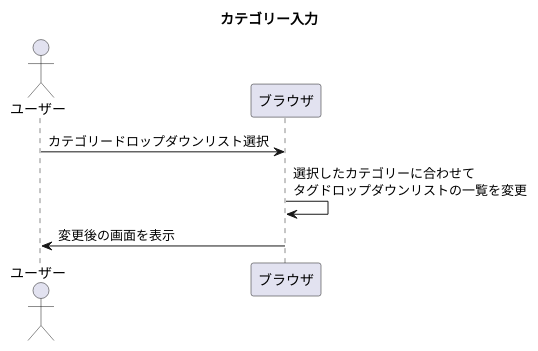
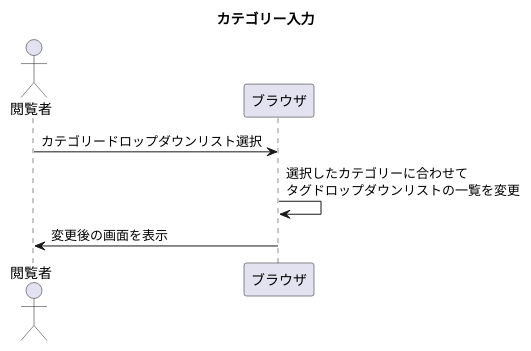
One commit to hachimitu22/MangaViewer changed the diagram in doc/6_ui/pages/メディア更新/sequence/カテゴリー入力.puml. Above: the diagram before and after it, drawn with PlantUML. The commit also changed 39 other files, not shown here.

```diff
--- a/doc/6_ui/pages/メディア更新/sequence/カテゴリー入力.puml
+++ b/doc/6_ui/pages/メディア更新/sequence/カテゴリー入力.puml
@@ -1,12 +1,12 @@
 @startuml
 
 title カテゴリー入力
 
-actor ユーザー
+actor 閲覧者
 participant ブラウザ
 
-ユーザー -> ブラウザ: カテゴリードロップダウンリスト選択
+閲覧者 -> ブラウザ: カテゴリードロップダウンリスト選択
 ブラウザ -> ブラウザ: 選択したカテゴリーに合わせて\nタグドロップダウンリストの一覧を変更
-ユーザー <- ブラウザ: 変更後の画面を表示
+閲覧者 <- ブラウザ: 変更後の画面を表示
 
 @enduml
```
